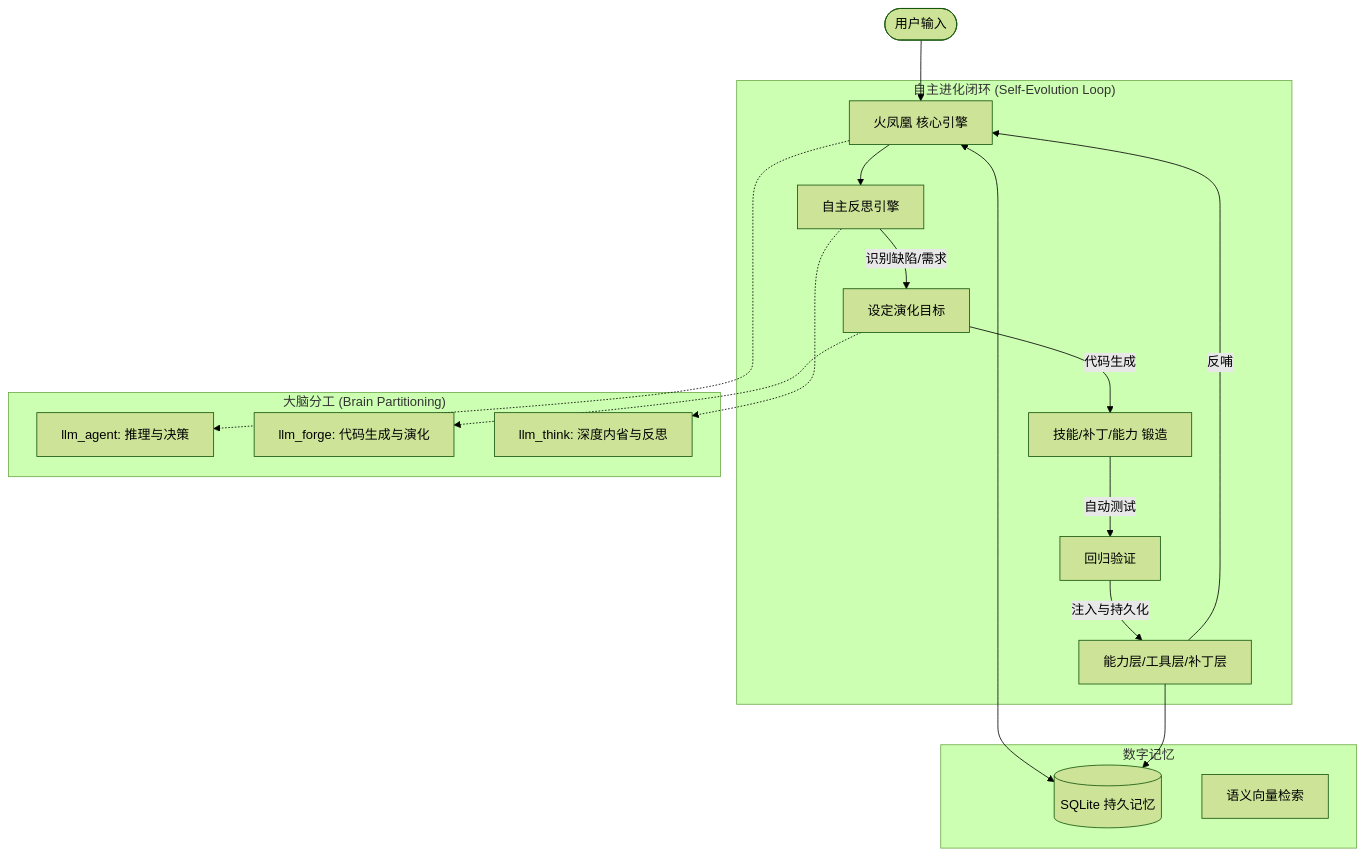
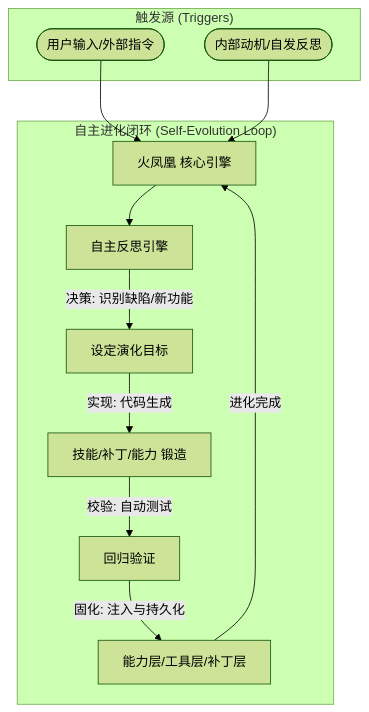
Before and after one commit to FJT123123/My_AI_Body_Clean: the diagram in README.md, drawn with Mermaid (forest theme).

Commit message:
docs: finalize autonomous evolution and zero-input documentation

````diff
--- a/README.md
+++ b/README.md
@@ -46,31 +46,19 @@
 ```mermaid
 graph TD
-    User([用户输入]) --> Core[火凤凰 核心引擎]
+    subgraph "触发源 (Triggers)"
+        User([用户输入/外部指令])
+        Auto([内部动机/自发反思])
+    end
+
+    User --> Core[火凤凰 核心引擎]
+    Auto --> Core
     
     subgraph "自主进化闭环 (Self-Evolution Loop)"
         Core --> Reflect[自主反思引擎]
-        Reflect --> |识别缺陷/需求| Goal[设定演化目标]
-        Goal --> |代码生成| Forge[技能/补丁/能力 锻造]
-        Forge --> |自动测试| Verify[回归验证]
-        Verify --> |注入与持久化| Deploy[能力层/工具层/补丁层]
-        Deploy --> |反哺| Core
+        Reflect --> |决策: 识别缺陷/新功能| Goal[设定演化目标]
+        Goal --> |实现: 代码生成| Forge[技能/补丁/能力 锻造]
+        Forge --> |校验: 自动测试| Verify[回归验证]
+        Verify --> |固化: 注入与持久化| Deploy[能力层/工具层/补丁层]
+        Deploy --> |进化完成| Core
     end
-
-    subgraph "大脑分工 (Brain Partitioning)"
-        General[llm_agent: 推理与决策]
-        Coder[llm_forge: 代码生成与演化]
-        Thinker[llm_think: 深度内省与反思]
-    end
-
-    Core -.-> General
-    Goal -.-> Coder
-    Reflect -.-> Thinker
-    
-    subgraph "数字记忆"
-        Mem[(SQLite 持久记忆)]
-        Embed[语义向量检索]
-    end
-    
-    Core <--> Mem
-    Deploy --> Mem
 ```
````
